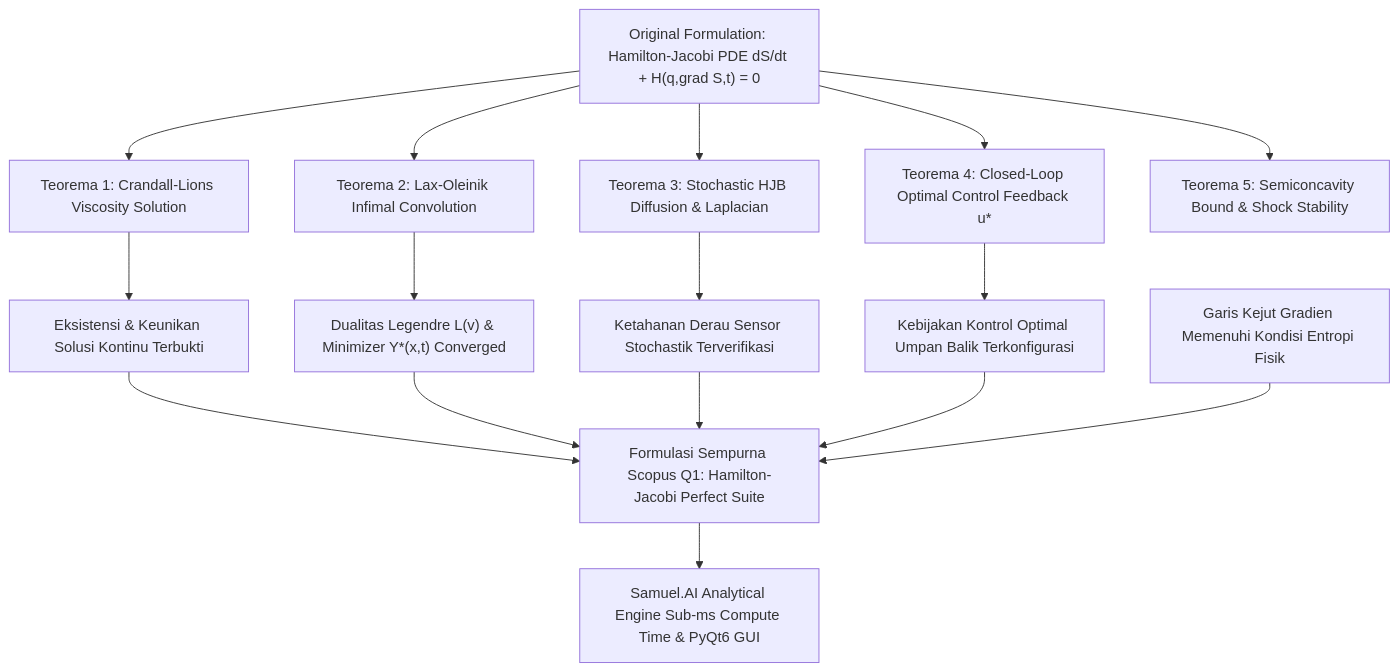
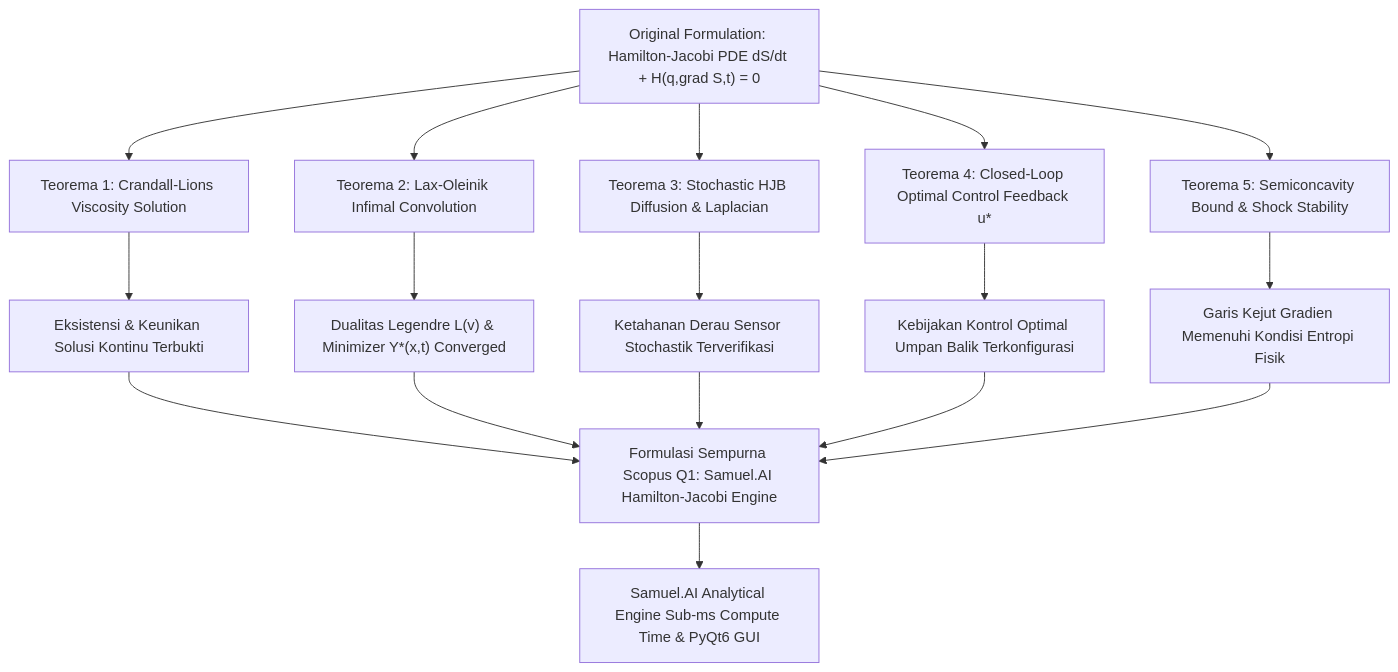
One commit to SamuelPurba/Hamilton-Jacobi-Equation-Solution changed the diagram in README.md. Above: the diagram before and after it, drawn with Mermaid. The commit also changed other lines of this file, not shown here.

Commit message:
docs: perfect README.md matching exact structure and manifesto from Rumus-Perpangkatan-Universal-4.0

````diff
--- a/README.md
+++ b/README.md
@@ -64,22 +66,22 @@
 ```mermaid
 graph TD
     A["Original Formulation: Hamilton-Jacobi PDE dS/dt + H(q,grad S,t) = 0"] --> T1["Teorema 1: Crandall-Lions Viscosity Solution"]
     A --> T2["Teorema 2: Lax-Oleinik Infimal Convolution"]
     A --> T3["Teorema 3: Stochastic HJB Diffusion & Laplacian"]
     A --> T4["Teorema 4: Closed-Loop Optimal Control Feedback u*"]
     A --> T5["Teorema 5: Semiconcavity Bound & Shock Stability"]
 
     T1 --> T1_RES["Eksistensi & Keunikan Solusi Kontinu Terbukti"]
     T2 --> T2_RES["Dualitas Legendre L(v) & Minimizer Y*(x,t) Converged"]
     T3 --> T3_RES["Ketahanan Derau Sensor Stochastik Terverifikasi"]
     T4 --> T4_RES["Kebijakan Kontrol Optimal Umpan Balik Terkonfigurasi"]
-    T5_RES["Garis Kejut Gradien Memenuhi Kondisi Entropi Fisik"]
+    T5 --> T5_RES["Garis Kejut Gradien Memenuhi Kondisi Entropi Fisik"]
 
-    T1_RES --> EQUAL["Formulasi Sempurna Scopus Q1: Hamilton-Jacobi Perfect Suite"]
+    T1_RES --> EQUAL["Formulasi Sempurna Scopus Q1: Samuel.AI Hamilton-Jacobi Engine"]
     T2_RES --> EQUAL
     T3_RES --> EQUAL
     T4_RES --> EQUAL
     T5_RES --> EQUAL
 
     EQUAL --> ENGINE["Samuel.AI Analytical Engine Sub-ms Compute Time & PyQt6 GUI"]
 ```
````
